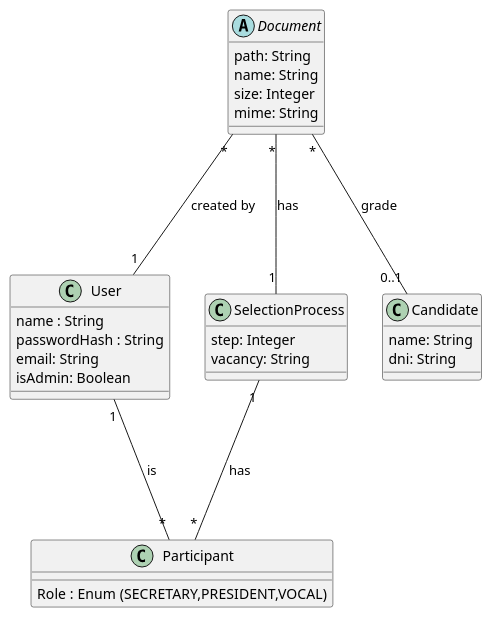
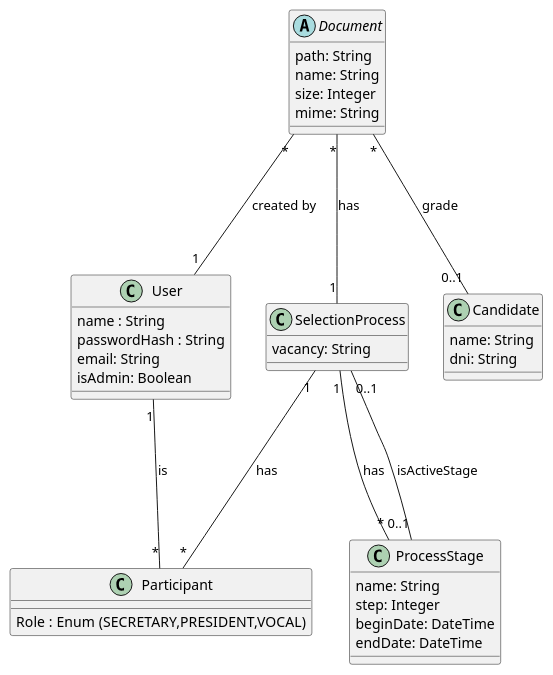
The diagram in uml.puml (UdL-EPS-SoftArch/AcademicRecruitAPI-GEIADE), drawn with PlantUML before and after one commit.

Commit message:
Added ProcessStage into Entity Models

```diff
--- a/uml.puml
+++ b/uml.puml
@@ -1,37 +1,46 @@
 @startuml
     class User {
         name : String
         passwordHash : String
         email: String
         isAdmin: Boolean
     }
 
     class Participant {
         Role : Enum (SECRETARY,PRESIDENT,VOCAL)
     }
 
     class SelectionProcess {
+        vacancy: String
+    }
+
+    class ProcessStage {
+        name: String
         step: Integer
-        vacancy: String
+        beginDate: DateTime
+        endDate: DateTime
     }
 
     class Candidate {
         name: String
         dni: String
     }
 
     abstract Document {
         path: String
         name: String
         size: Integer
         mime: String
     }
 
     User "1" --- "*" Participant : is
     SelectionProcess "1" --- "*" Participant : has
 
+    SelectionProcess "1" --- "*" ProcessStage : has
+    SelectionProcess "0..1" --- "0..1" ProcessStage : isActiveStage
+
     Document "*" --- "1" User : created by
     Document "*" --- "1" SelectionProcess : has
 
     Document "*" --- "0..1" Candidate : grade
 @enduml
```
